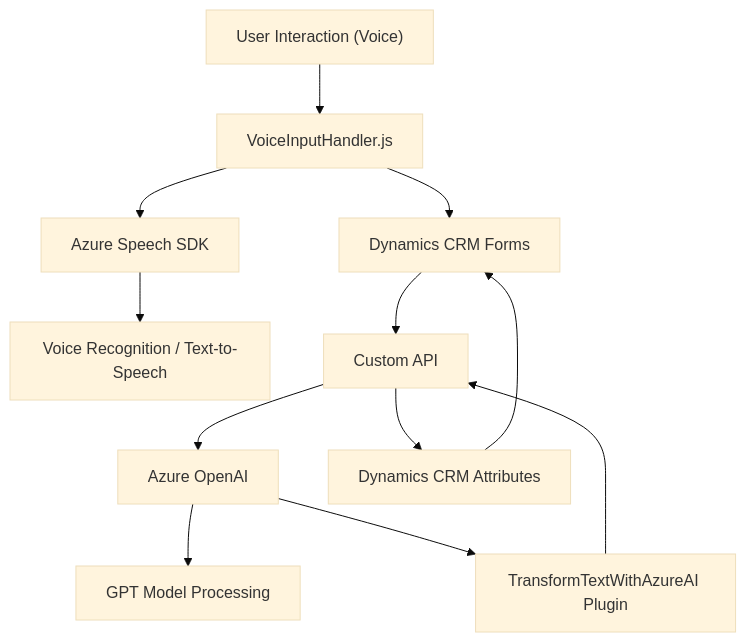
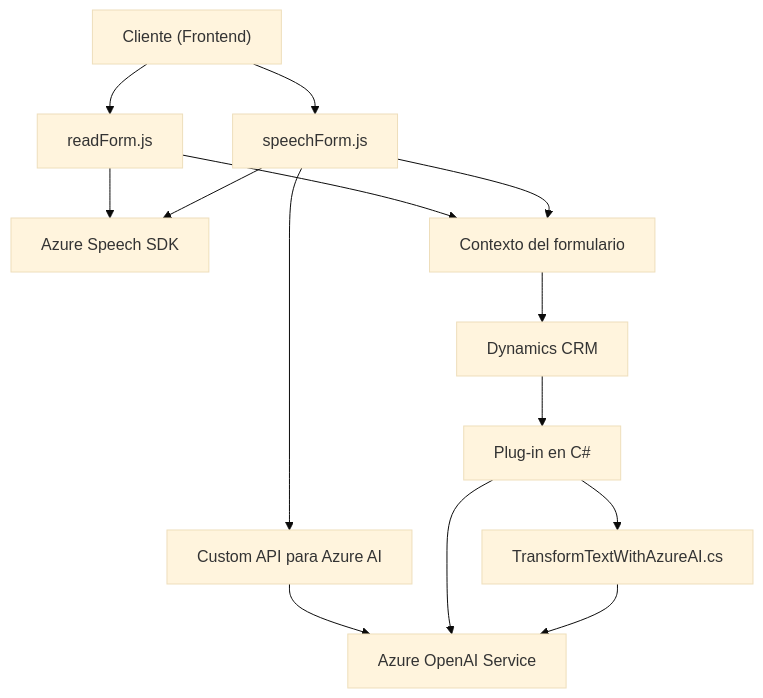
The diagram in README.md (blopezdm/NETCORE_BILBAO2025), drawn with Mermaid (base theme) before and after one commit. The commit also changed other lines of this file, not shown here.

````diff
--- a/README.md
+++ b/README.md
@@ -57,14 +54,20 @@
 ```mermaid
 graph TD
-  A["User Interaction (Voice)"] --> B["VoiceInputHandler.js"]
-  B["VoiceInputHandler.js"] --> C["Azure Speech SDK"]
-  B["VoiceInputHandler.js"] --> D["Dynamics CRM Forms"]
-  C["Azure Speech SDK"] --> E["Voice Recognition / Text-to-Speech"]
-  D["Dynamics CRM Forms"] --> F["Custom API"]
-  F["Custom API"] --> G["Azure OpenAI"]
-  G["Azure OpenAI"] --> H["GPT Model Processing"]
-  F["Custom API"] --> I["Dynamics CRM Attributes"]
-  I["Dynamics CRM Attributes"] --> D["Dynamics CRM Forms"]
-  G["Azure OpenAI"] --> J["TransformTextWithAzureAI Plugin"]
-  J["TransformTextWithAzureAI Plugin"] --> F["Custom API"]
+    A["Cliente (Frontend)"] --> B["readForm.js"]
+    A --> C["speechForm.js"]
+
+    B --> D["Azure Speech SDK"]
+    C --> D
+
+    C --> E["Custom API para Azure AI"]
+    E --> F["Azure OpenAI Service"]
+
+    B --> G["Contexto del formulario"]
+    C --> G
+    G --> H["Dynamics CRM"]
+
+    H --> I["Plug-in en C#"]
+    I --> F
+    I --> J["TransformTextWithAzureAI.cs"]
+    J --> F
 ```
````
